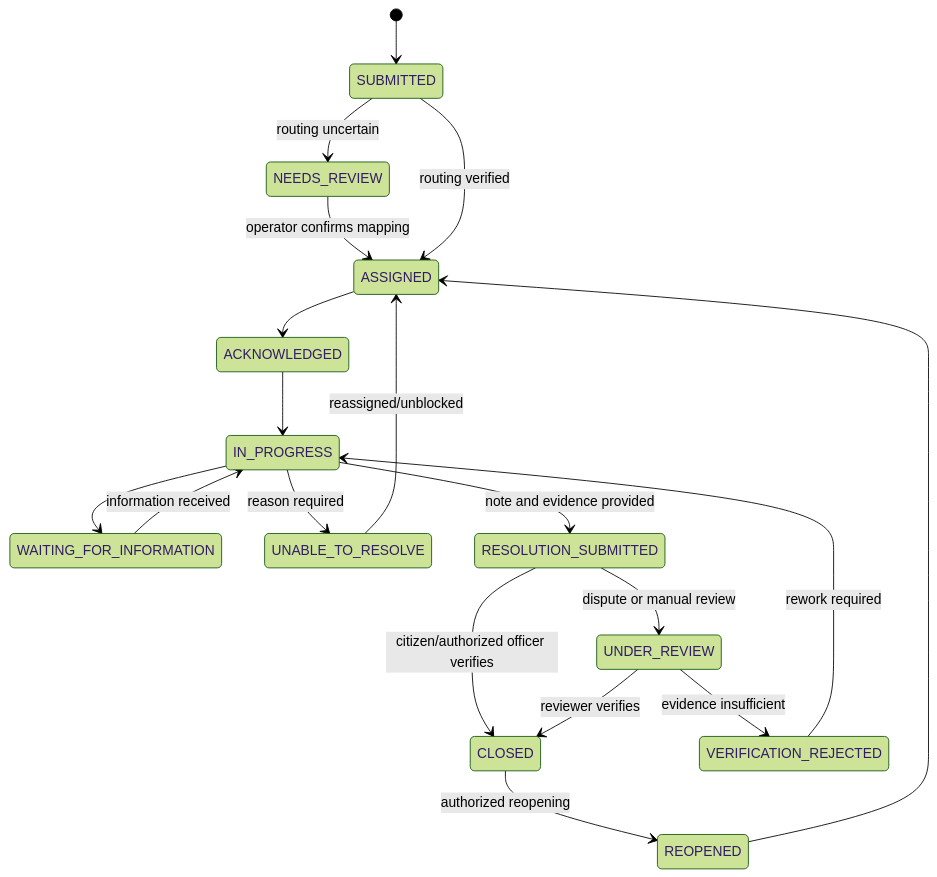
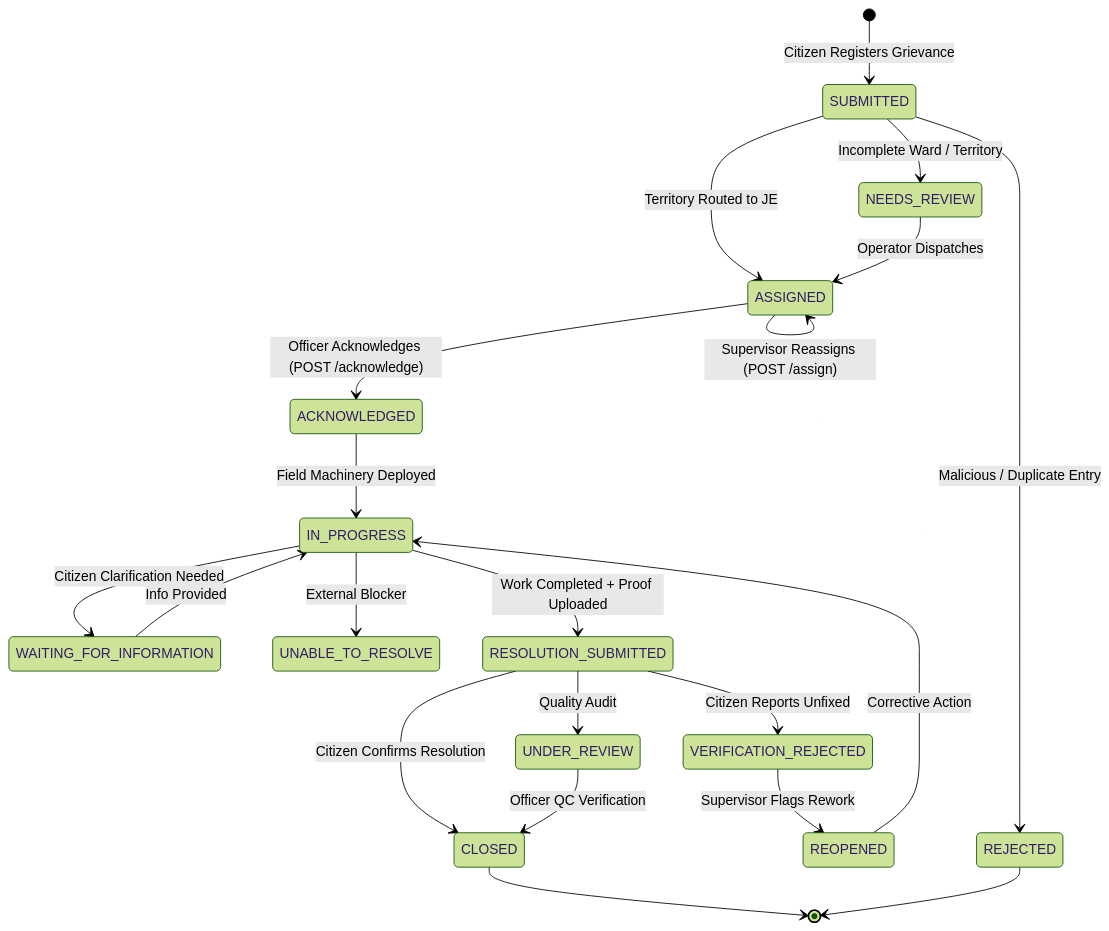
Before and after one commit to suchitnagarnigam-star/ICCC: the second of 3 diagrams in Mplan.md, drawn with Mermaid (forest theme). The commit also changed other lines of this file and 1 other file, not shown here.

Commit message:
Documentation and architectural workflows updated : refreshed Mplan.md and README.md with live code inventory, 95-ward roster details, and Mermaid sequence and state machine workflows

````diff
--- a/Mplan.md
+++ b/Mplan.md
@@ -208,21 +237,29 @@
 ```mermaid
 stateDiagram-v2
-    [*] --> SUBMITTED
-    SUBMITTED --> NEEDS_REVIEW: routing uncertain
-    NEEDS_REVIEW --> ASSIGNED: operator confirms mapping
-    SUBMITTED --> ASSIGNED: routing verified
-    ASSIGNED --> ACKNOWLEDGED
-    ACKNOWLEDGED --> IN_PROGRESS
-    IN_PROGRESS --> WAITING_FOR_INFORMATION
-    WAITING_FOR_INFORMATION --> IN_PROGRESS: information received
-    IN_PROGRESS --> UNABLE_TO_RESOLVE: reason required
-    UNABLE_TO_RESOLVE --> ASSIGNED: reassigned/unblocked
-    IN_PROGRESS --> RESOLUTION_SUBMITTED: note and evidence provided
-    RESOLUTION_SUBMITTED --> CLOSED: citizen/authorized officer verifies
-    RESOLUTION_SUBMITTED --> UNDER_REVIEW: dispute or manual review
-    UNDER_REVIEW --> CLOSED: reviewer verifies
-    UNDER_REVIEW --> VERIFICATION_REJECTED: evidence insufficient
-    VERIFICATION_REJECTED --> IN_PROGRESS: rework required
-    CLOSED --> REOPENED: authorized reopening
-    REOPENED --> ASSIGNED
+    [*] --> SUBMITTED: Citizen Registers Grievance
+    SUBMITTED --> ASSIGNED: Territory Routed to JE
+    SUBMITTED --> NEEDS_REVIEW: Incomplete Ward / Territory
+    NEEDS_REVIEW --> ASSIGNED: Operator Dispatches
+    
+    ASSIGNED --> ACKNOWLEDGED: Officer Acknowledges (POST /acknowledge)
+    ASSIGNED --> ASSIGNED: Supervisor Reassigns (POST /assign)
+    
+    ACKNOWLEDGED --> IN_PROGRESS: Field Machinery Deployed
+    IN_PROGRESS --> WAITING_FOR_INFORMATION: Citizen Clarification Needed
+    WAITING_FOR_INFORMATION --> IN_PROGRESS: Info Provided
+    IN_PROGRESS --> UNABLE_TO_RESOLVE: External Blocker
+    
+    IN_PROGRESS --> RESOLUTION_SUBMITTED: Work Completed + Proof Uploaded
+    RESOLUTION_SUBMITTED --> UNDER_REVIEW: Quality Audit
+    
+    RESOLUTION_SUBMITTED --> CLOSED: Citizen Confirms Resolution
+    UNDER_REVIEW --> CLOSED: Officer QC Verification
+    
+    RESOLUTION_SUBMITTED --> VERIFICATION_REJECTED: Citizen Reports Unfixed
+    VERIFICATION_REJECTED --> REOPENED: Supervisor Flags Rework
+    REOPENED --> IN_PROGRESS: Corrective Action
+    
+    SUBMITTED --> REJECTED: Malicious / Duplicate Entry
+    CLOSED --> [*]
+    REJECTED --> [*]
 ```
````
